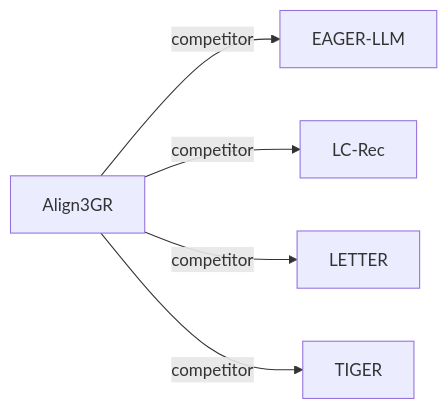
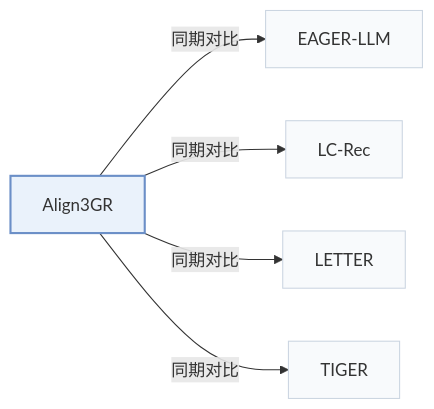
The third of 3 diagrams in pages/zh/papers/align3gr.md (Galaxy-ghost/Awesome-SID-Generative-Rec), drawn with Mermaid before and after one commit. The commit also changed other lines of this file and 649 other files, not shown here.

Commit message:
writer-05: also tags and modality index (schema, check, build, visuals); summary field removed; calibration data for 12 papers

````diff
--- a/pages/zh/papers/align3gr.md
+++ b/pages/zh/papers/align3gr.md
@@ -123,8 +146,12 @@
 ```mermaid
 flowchart LR
     P["Align3GR"]
-    P -->|competitor| A["EAGER-LLM"]
-    P -->|competitor| B["LC-Rec"]
-    P -->|competitor| C["LETTER"]
-    P -->|competitor| D["TIGER"]
+    P -->|"同期对比"| A["EAGER-LLM"]
+    P -->|"同期对比"| B["LC-Rec"]
+    P -->|"同期对比"| C["LETTER"]
+    P -->|"同期对比"| D["TIGER"]
+    classDef main fill:#eaf2fb,stroke:#6b8fc7,stroke-width:2px
+    classDef peer fill:#f8fafc,stroke:#cbd5e1
+    class P main
+    class A,B,C,D peer
 ```
````
